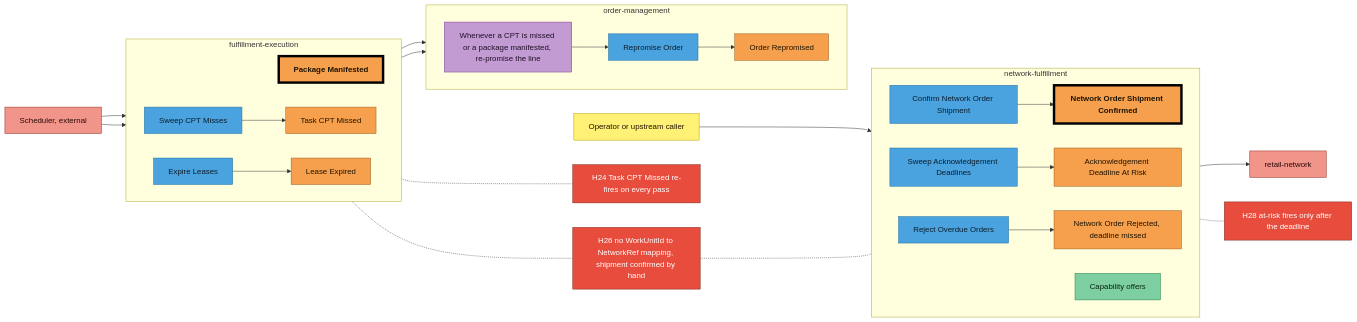
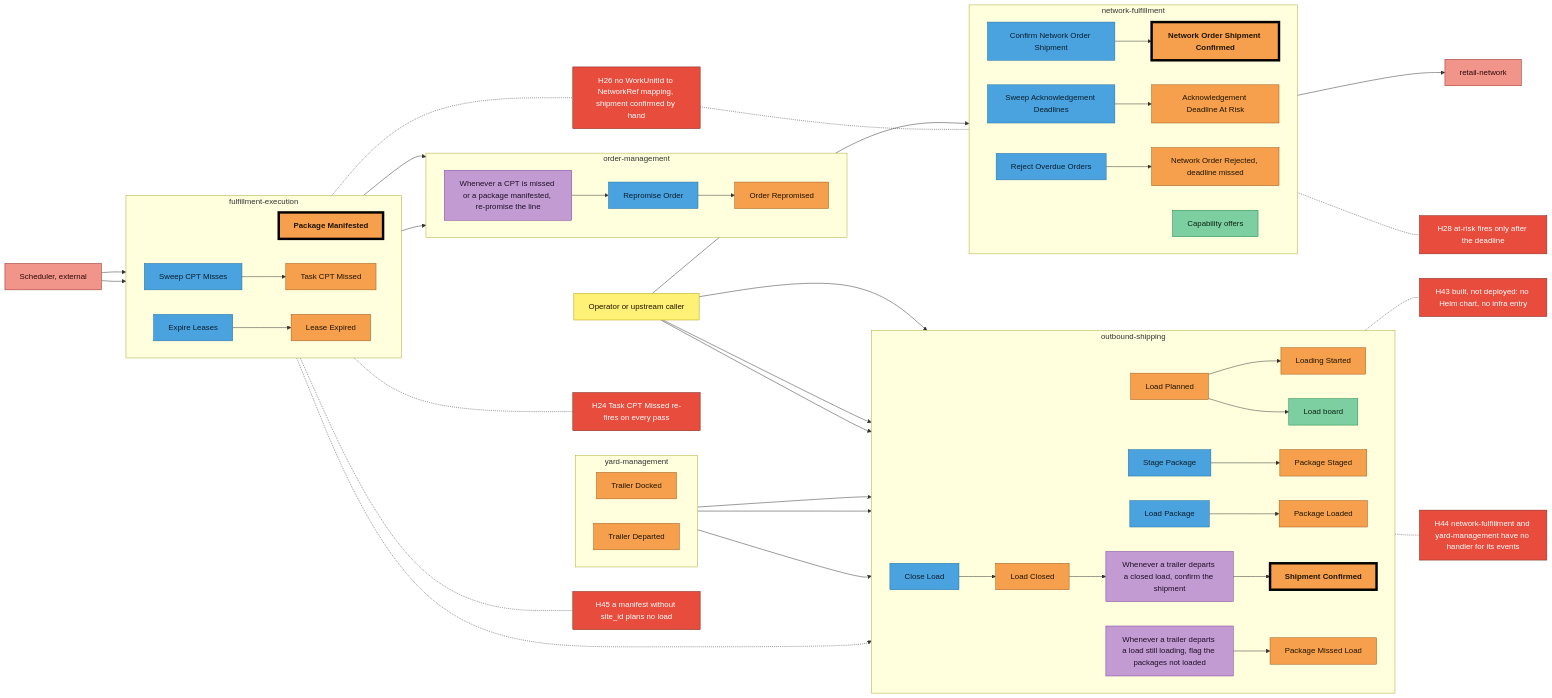
The tenth of 10 diagrams in docs/strategic-design/eventstorming-big-picture.md (IQVO/warehouse-docs), drawn with Mermaid before and after one commit. The commit also changed other lines of this file, not shown here.

Commit message:
docs(strategic): big picture EventStorming draws outbound-shipping (timeline, phase 4, hotspots H43 to H45)

```diff
--- a/docs/strategic-design/eventstorming-big-picture.md
+++ b/docs/strategic-design/eventstorming-big-picture.md
@@ -837,6 +856,27 @@
         E7["Network Order Rejected, deadline missed"]:::event
         R1["Capability offers"]:::readmodel
     end
+    subgraph S_YM["yard-management"]
+        direction LR
+        Y1["Trailer Docked"]:::event
+        Y2["Trailer Departed"]:::event
+    end
+    subgraph S_OS["outbound-shipping"]
+        direction LR
+        E8["Load Planned"]:::event
+        E14["Loading Started"]:::event
+        C7["Stage Package"]:::command
+        E9["Package Staged"]:::event
+        C8["Load Package"]:::command
+        E10["Package Loaded"]:::event
+        C9["Close Load"]:::command
+        E11["Load Closed"]:::event
+        P2["Whenever a trailer departs a closed load, confirm the shipment"]:::policy
+        E12["Shipment Confirmed"]:::pivotal
+        P3["Whenever a trailer departs a load still loading, flag the packages not loaded"]:::policy
+        E13["Package Missed Load"]:::event
+        R2["Load board"]:::readmodel
+    end
 
     SCH --> C1 --> E2
     SCH --> C2 --> E3
@@ -855,6 +895,24 @@
     H26 -.- C4
     E6 -.- H28
 
+    E1 -.-> E8
+    OP --> C7 --> E9
+    OP --> C8 --> E10
+    OP --> C9 --> E11
+    E8 --> E14
+    Y1 --> E14
+    E11 --> P2
+    Y2 --> P2 --> E12
+    Y2 --> P3 --> E13
+    E8 --> R2
+
+    H43["H43 built, not deployed: no Helm chart, no infra entry"]:::hotspot
+    H44["H44 network-fulfillment and yard-management have no handler for its events"]:::hotspot
+    H45["H45 a manifest without site_id plans no load"]:::hotspot
+    E12 -.- H43
+    E12 -.- H44
+    E1 -.- H45
+
     classDef actor fill:#fff176,stroke:#b59f00,color:#1f1300
     classDef command fill:#4aa3df,stroke:#1f6f9f,color:#0b1e2d
     classDef event fill:#f6a04d,stroke:#9a5b1c,color:#1f1300
```
